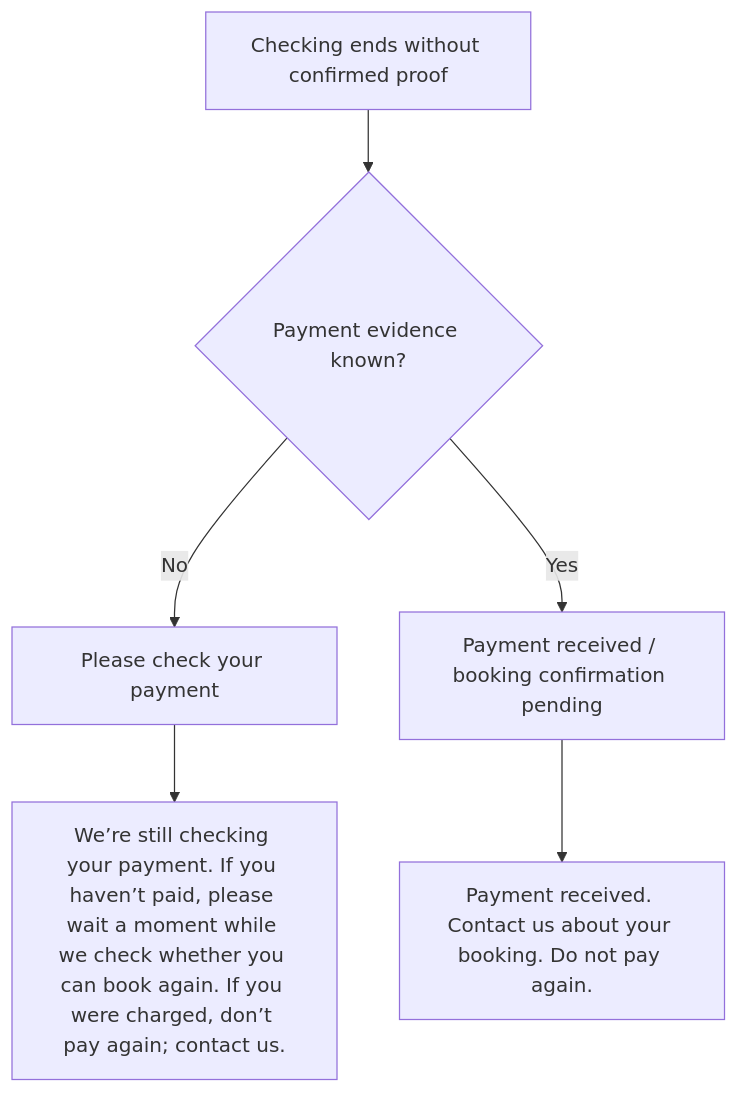
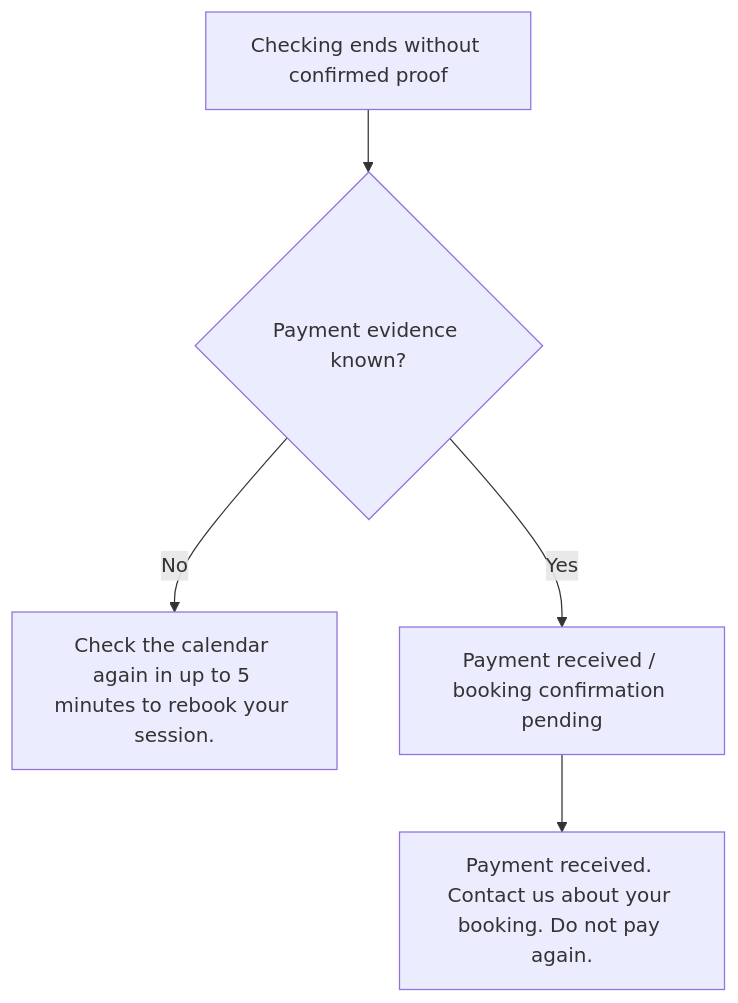
Before and after one commit to soccerbotstudiosg/soccerbotstudioSG: diagram 12 of 19 in docs/booking-flows.md, drawn with Mermaid. The commit also changed other lines of this file and 42 other files, not shown here.

````diff
--- a/docs/booking-flows.md
+++ b/docs/booking-flows.md
@@ -175,8 +177,7 @@
 ```mermaid
 flowchart TD
   A["Checking ends without confirmed proof"] --> B{"Payment evidence known?"}
-  B -->|No| C["Please check your payment"]
-  C --> D["We’re still checking your payment. If you haven’t paid, please wait a moment while we check whether you can book again. If you were charged, don’t pay again; contact us."]
+  B -->|No| C["Check the calendar again in up to 5 minutes to rebook your session."]
   B -->|Yes| E["Payment received / booking confirmation pending"]
   E --> F["Payment received. Contact us about your booking. Do not pay again."]
 ```
````
